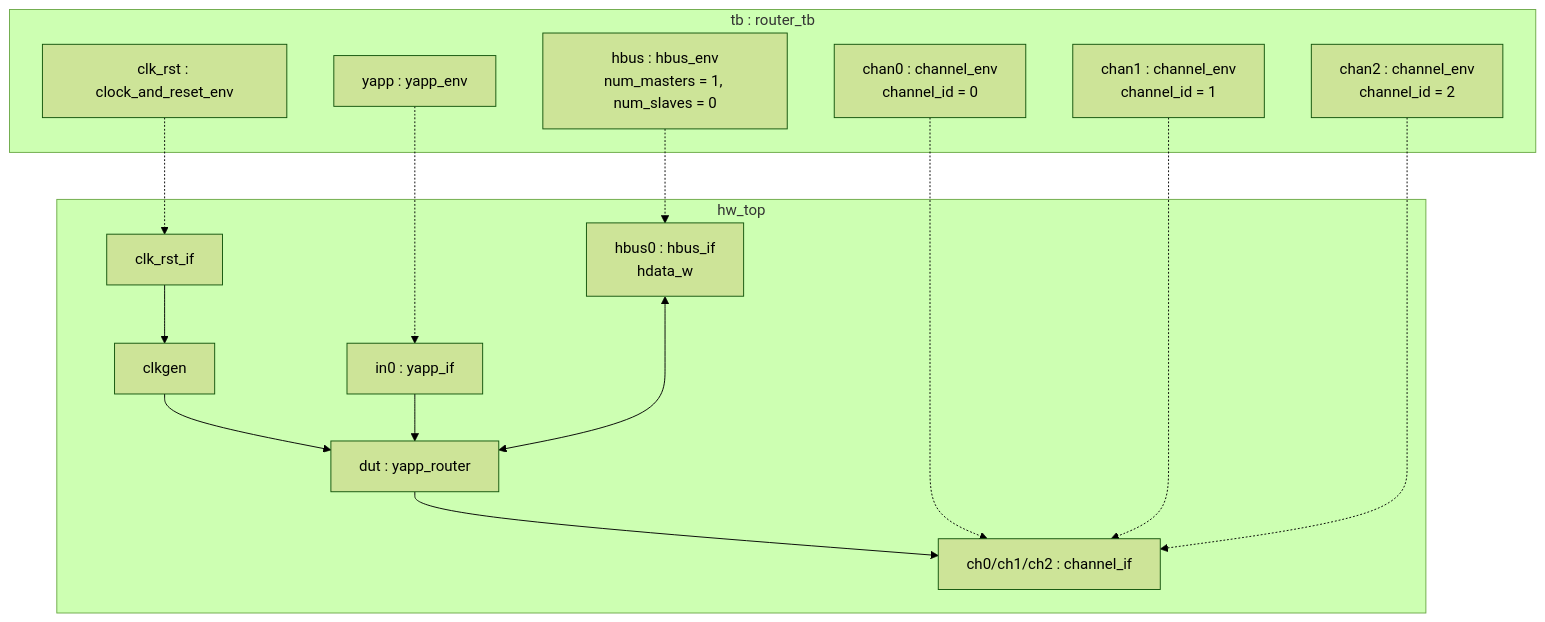
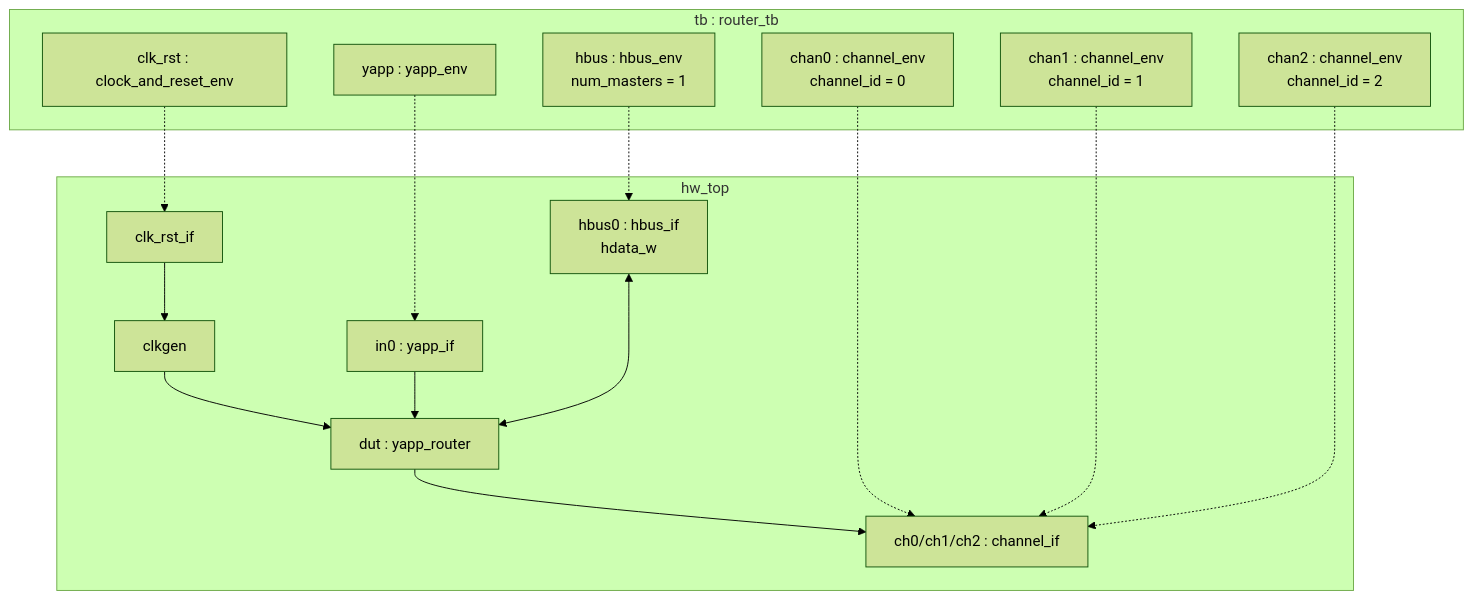
One commit to tamirgabgab/Qcom-Mentoring changed the diagram in docs/labs/lab07.md. Above: the diagram before and after it, drawn with Mermaid (forest theme). The commit also changed other lines of this file and 354 other files, not shown here.

````diff
--- a/docs/labs/lab07.md
+++ b/docs/labs/lab07.md
@@ -21,23 +21,23 @@
 ```mermaid
 flowchart TB
     subgraph tb["tb : router_tb"]
         yapp["yapp : yapp_env"]
         c0["chan0 : channel_env<br/>channel_id = 0"]
         c1["chan1 : channel_env<br/>channel_id = 1"]
         c2["chan2 : channel_env<br/>channel_id = 2"]
-        hb["hbus : hbus_env<br/>num_masters = 1, num_slaves = 0"]
+        hb["hbus : hbus_env<br/>num_masters = 1"]
         ck["clk_rst : clock_and_reset_env"]
     end
     subgraph hw["hw_top"]
         in0["in0 : yapp_if"]
         ch0["ch0/ch1/ch2 : channel_if"]
         hb0["hbus0 : hbus_if<br/>hdata_w"]
         kif["clk_rst_if"] --> clkgen --> dut
         in0 --> dut["dut : yapp_router"] --> ch0
         hb0 <--> dut
     end
     yapp -.-> in0
     c0 & c1 & c2 -.-> ch0
     hb -.-> hb0
     ck -.-> kif
 ```
````
